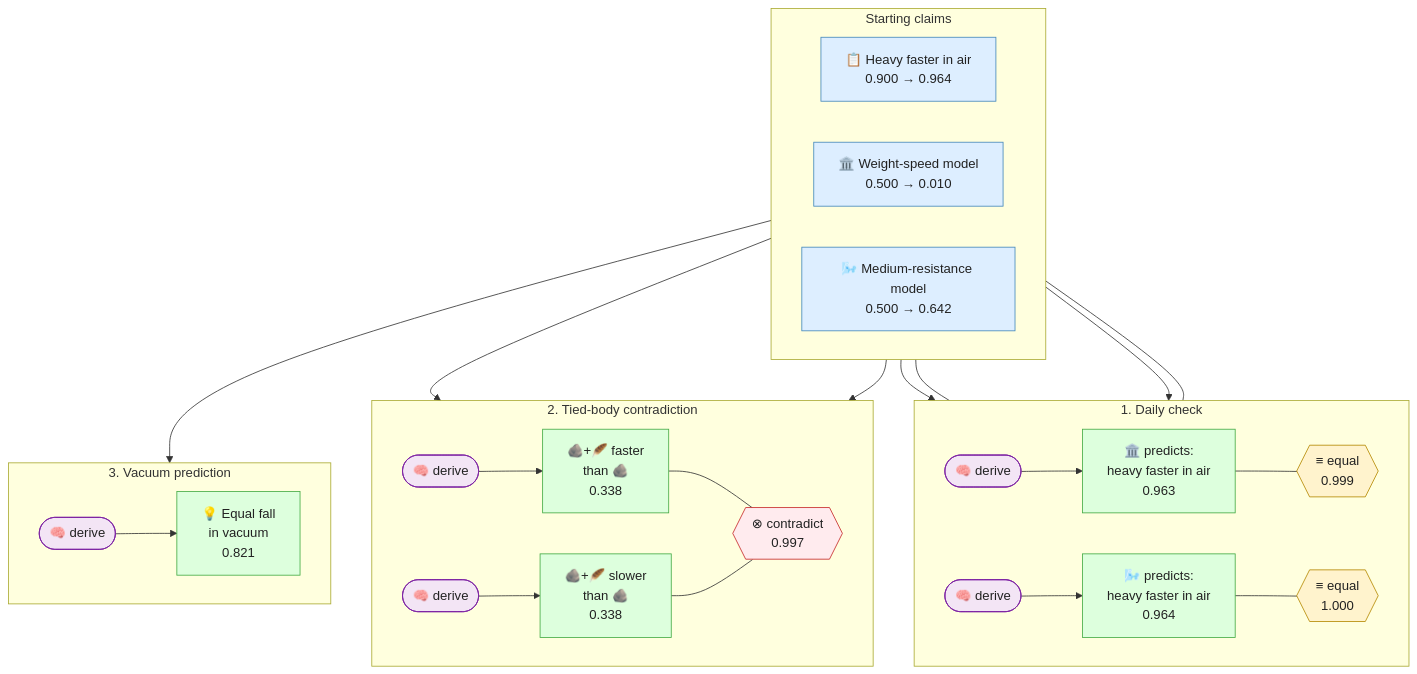
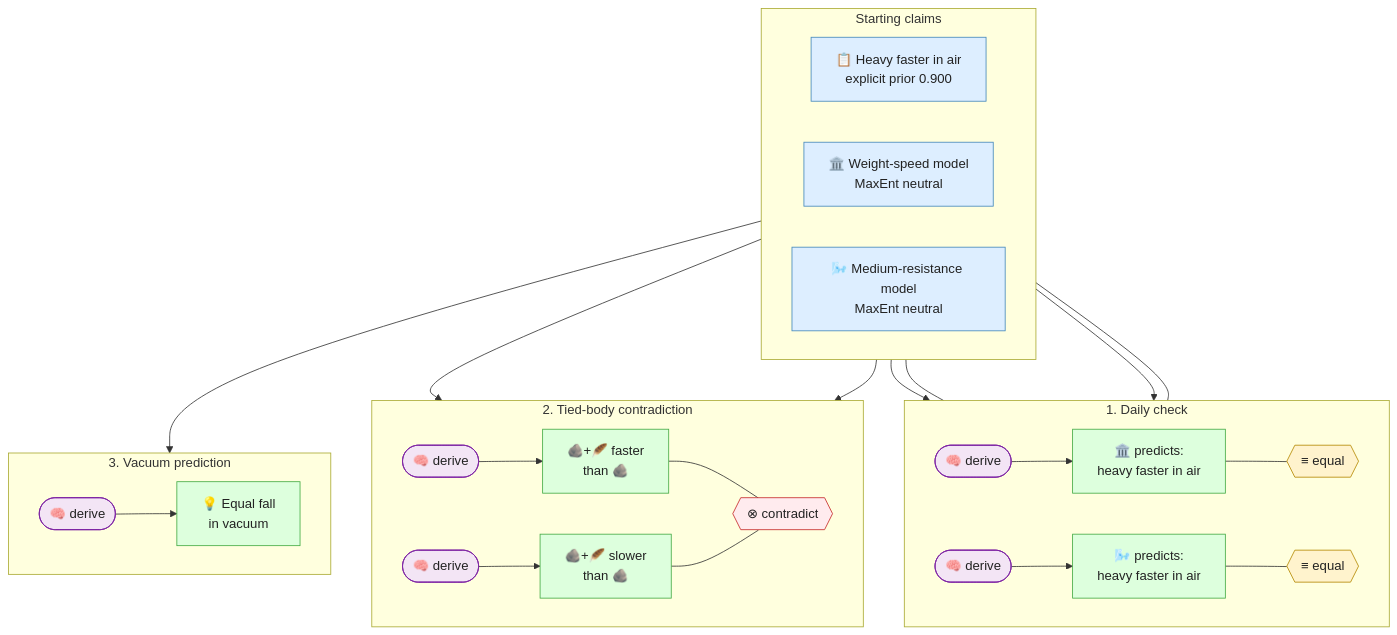
Before and after one commit to SiliconEinstein/Gaia: the diagram in README.md, drawn with Mermaid. The commit also changed other lines of this file and 40 other files, not shown here.

````diff
--- a/README.md
+++ b/README.md
@@ -19,56 +19,56 @@
 ```mermaid
 flowchart TD
     subgraph inputs["Starting claims"]
         direction LR
-        daily["📋 Heavy faster in air<br/>0.900 → 0.964"]:::premise
-        aristotle["🏛️ Weight-speed model<br/>0.500 → 0.010"]:::premise
-        medium["🌬️ Medium-resistance model<br/>0.500 → 0.642"]:::premise
+        daily["📋 Heavy faster in air<br/>explicit prior 0.900"]:::premise
+        aristotle["🏛️ Weight-speed model<br/>MaxEnt neutral"]:::premise
+        medium["🌬️ Medium-resistance model<br/>MaxEnt neutral"]:::premise
     end
 
     subgraph daily_paths["1. Daily check"]
         direction LR
         derive_a_daily(["🧠 derive"]):::strategy
-        a_pred["🏛️ predicts:<br/>heavy faster in air<br/>0.963"]:::derived
-        equal_a{{"≡ equal<br/>0.999"}}:::relation_op
+        a_pred["🏛️ predicts:<br/>heavy faster in air"]:::derived
+        equal_a{{"≡ equal"}}:::relation_op
 
         derive_m_daily(["🧠 derive"]):::strategy
-        m_pred["🌬️ predicts:<br/>heavy faster in air<br/>0.964"]:::derived
-        equal_m{{"≡ equal<br/>1.000"}}:::relation_op
+        m_pred["🌬️ predicts:<br/>heavy faster in air"]:::derived
+        equal_m{{"≡ equal"}}:::relation_op
     end
 
     subgraph contradiction_path["2. Tied-body contradiction"]
         direction LR
         derive_fast(["🧠 derive"]):::strategy
-        faster["🪨+🪶 faster<br/>than 🪨<br/>0.338"]:::derived
+        faster["🪨+🪶 faster<br/>than 🪨"]:::derived
         derive_slow(["🧠 derive"]):::strategy
-        slower["🪨+🪶 slower<br/>than 🪨<br/>0.338"]:::derived
-        contra{{"⊗ contradict<br/>0.997"}}:::contra
+        slower["🪨+🪶 slower<br/>than 🪨"]:::derived
+        contra{{"⊗ contradict"}}:::contra
     end
 
     subgraph vacuum_path["3. Vacuum prediction"]
         direction LR
         derive_vacuum(["🧠 derive"]):::strategy
-        vacuum["💡 Equal fall<br/>in vacuum<br/>0.821"]:::derived
+        vacuum["💡 Equal fall<br/>in vacuum"]:::derived
     end
 
     aristotle --> derive_a_daily --> a_pred
     a_pred --- equal_a
     daily --- equal_a
 
     medium --> derive_m_daily --> m_pred
     m_pred --- equal_m
     daily --- equal_m
 
     aristotle --> derive_fast --> faster
     aristotle --> derive_slow --> slower
     faster --- contra
     slower --- contra
 
     medium --> derive_vacuum --> vacuum
 
     classDef premise fill:#ddeeff,stroke:#4488bb,color:#222
     classDef strategy fill:#f3e5f5,stroke:#7b1fa2,color:#222
     classDef derived fill:#ddffdd,stroke:#44aa44,color:#222
     classDef relation_op fill:#fff3cd,stroke:#b58900,color:#222
     classDef contra fill:#ffebee,stroke:#c62828,color:#222
 ```
````
